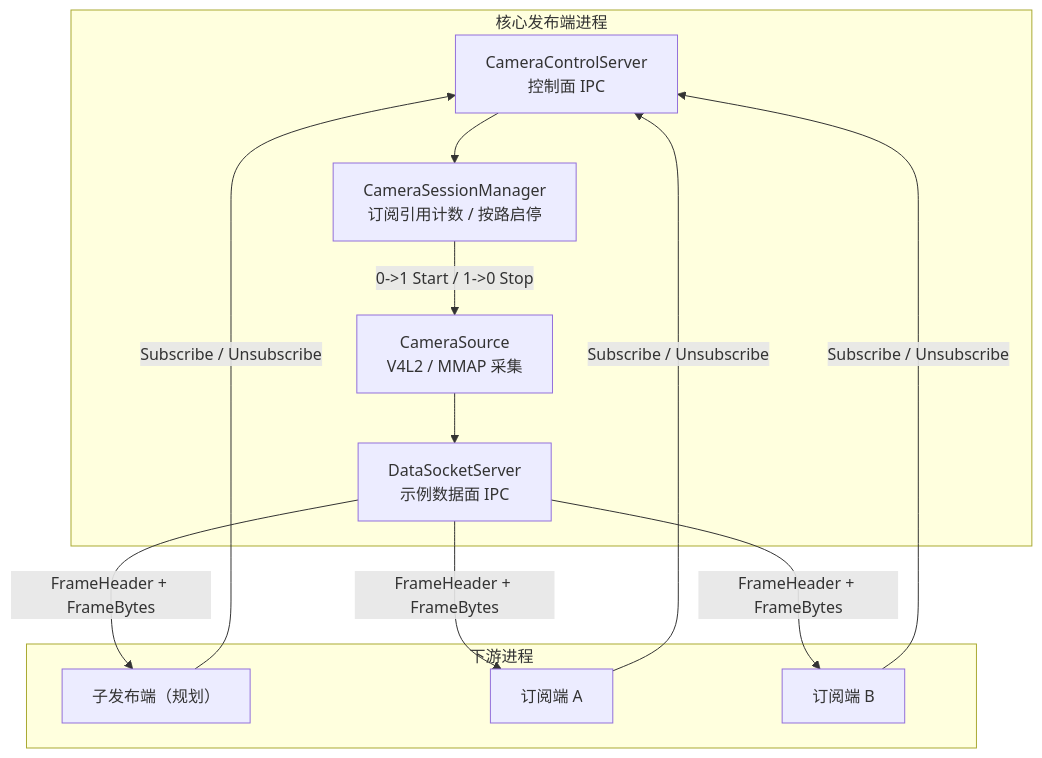
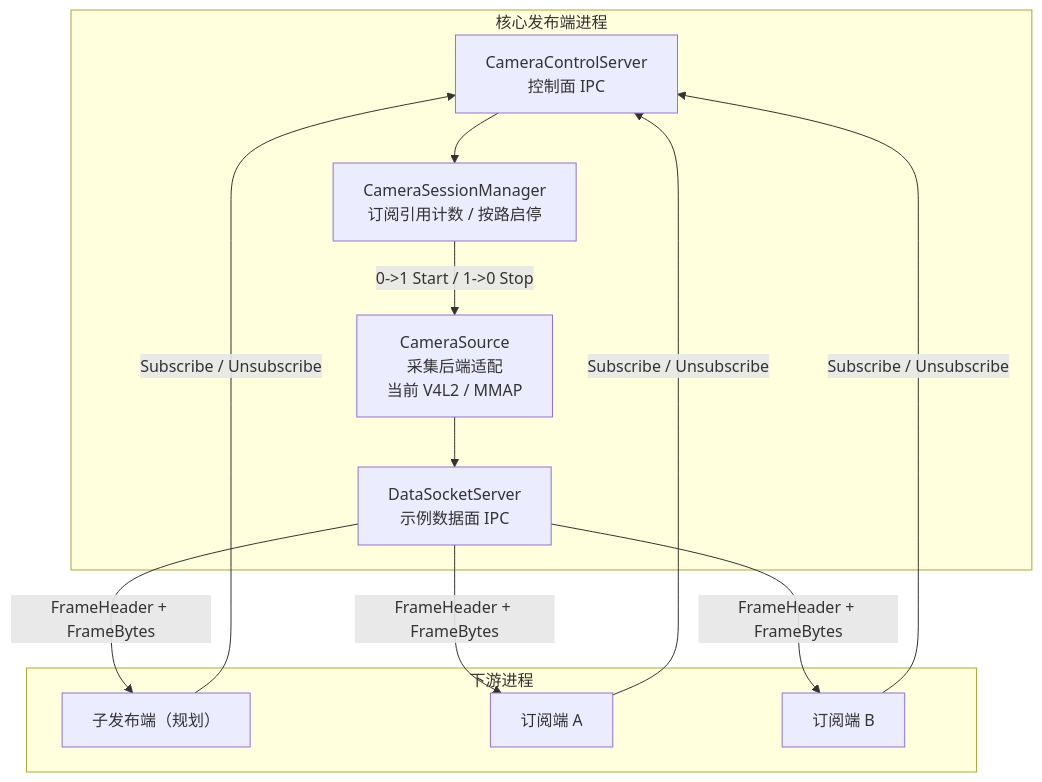
One commit to SuycxZMZ/CameraSubsystem changed the diagram in docs/ARCHITECTURE_REVIEW.md. Above: the diagram before and after it, drawn with Mermaid. The commit also changed other lines of this file and 6 other files, not shown here.

````diff
--- a/docs/ARCHITECTURE_REVIEW.md
+++ b/docs/ARCHITECTURE_REVIEW.md
@@ -58,25 +58,25 @@
 ```mermaid
 flowchart TB
     subgraph CorePublisher["核心发布端进程"]
         ControlServer["CameraControlServer<br/>控制面 IPC"]
         SessionManager["CameraSessionManager<br/>订阅引用计数 / 按路启停"]
-        Source["CameraSource<br/>V4L2 / MMAP 采集"]
+        Source["CameraSource<br/>采集后端适配<br/>当前 V4L2 / MMAP"]
         DataServer["DataSocketServer<br/>示例数据面 IPC"]
     end
 
     subgraph Consumers["下游进程"]
         SubPublisher["子发布端（规划）"]
         SubscriberA["订阅端 A"]
         SubscriberB["订阅端 B"]
     end
 
     SubPublisher -->|Subscribe / Unsubscribe| ControlServer
     SubscriberA -->|Subscribe / Unsubscribe| ControlServer
     SubscriberB -->|Subscribe / Unsubscribe| ControlServer
     ControlServer --> SessionManager
     SessionManager -->|0->1 Start / 1->0 Stop| Source
     Source --> DataServer
     DataServer -->|FrameHeader + FrameBytes| SubPublisher
     DataServer -->|FrameHeader + FrameBytes| SubscriberA
     DataServer -->|FrameHeader + FrameBytes| SubscriberB
 ```
````
